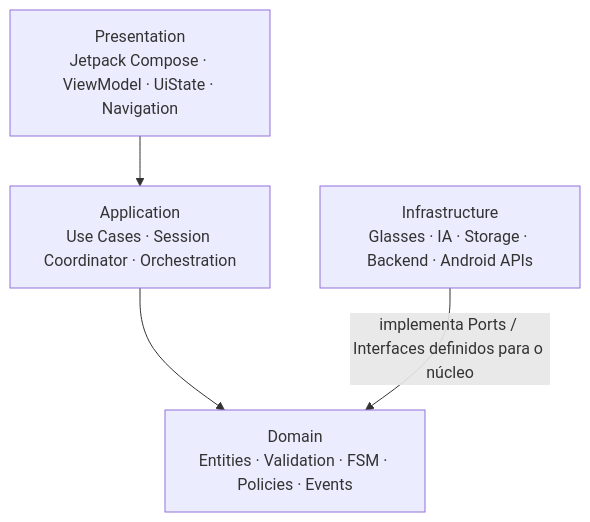
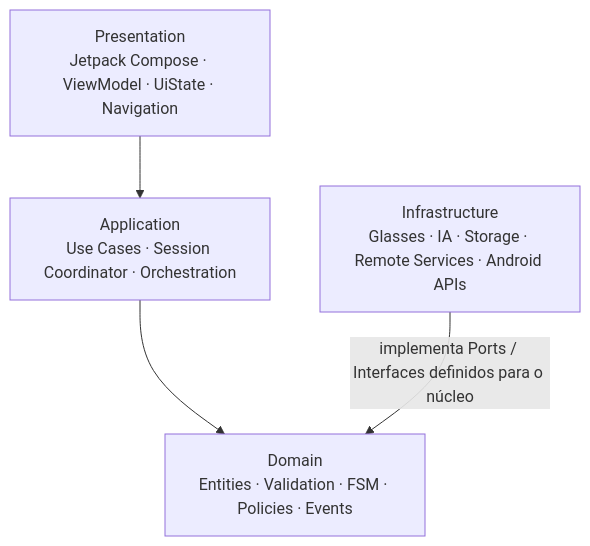
One commit to jaimejcs/CuidarAI changed the second of 26 diagrams in diagramas-mermaid.md. Above: the diagram before and after it, drawn with Mermaid. The commit also changed other lines of this file and 20 other files, not shown here.

````diff
--- a/diagramas-mermaid.md
+++ b/diagramas-mermaid.md
@@ -61,11 +63,11 @@
 ```mermaid
 flowchart TD
     P["Presentation<br/>Jetpack Compose · ViewModel · UiState · Navigation"]
     A["Application<br/>Use Cases · Session Coordinator · Orchestration"]
     D["Domain<br/>Entities · Validation · FSM · Policies · Events"]
-    I["Infrastructure<br/>Glasses · IA · Storage · Backend · Android APIs"]
+    I["Infrastructure<br/>Glasses · IA · Storage · Remote Services · Android APIs"]
 
     P --> A
     A --> D
     I -->|implementa Ports / Interfaces definidos para o núcleo| D
 ```
````
